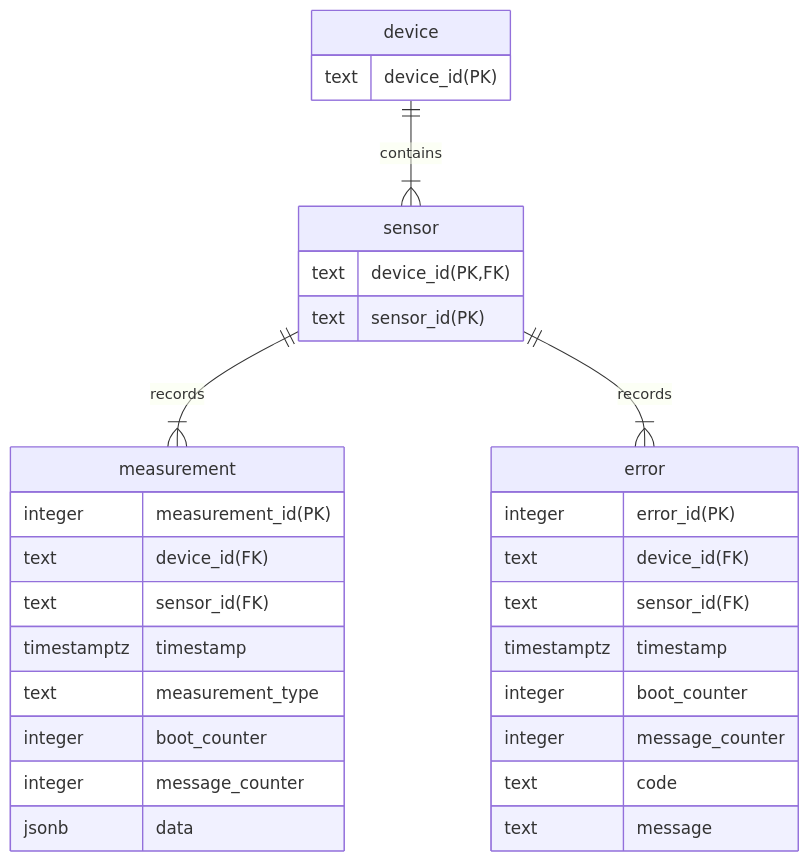
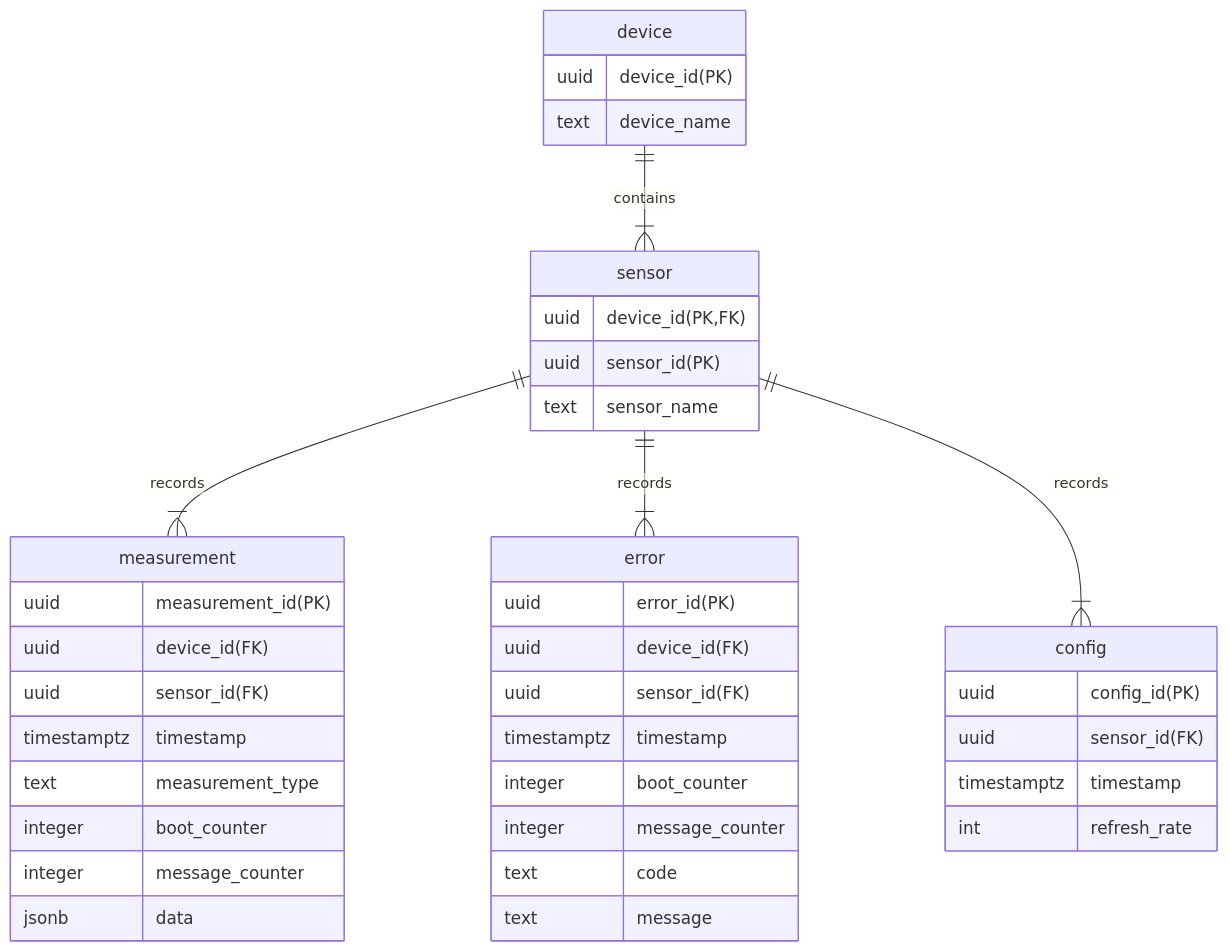
Before and after one commit to schusim/SW_engineeringProject: the diagram in docs/DB_structure.md, drawn with Mermaid.

Commit message:
doc(DB): Add config table, change ids to uuid.

````diff
--- a/docs/DB_structure.md
+++ b/docs/DB_structure.md
@@ -7,37 +7,48 @@
 ```mermaid
 erDiagram
     device {
-        text device_id(PK)
+        uuid device_id(PK)
+        text device_name
     }
 
     sensor {
-        text device_id(PK,FK)
-        text sensor_id(PK)
+        uuid device_id(PK,FK)
+        uuid sensor_id(PK)
+        text sensor_name
     }
 
     measurement {
-        integer measurement_id(PK)
-        text device_id(FK)
-        text sensor_id(FK)
+        uuid measurement_id(PK)
+        uuid device_id(FK)
+        uuid sensor_id(FK)
         timestamptz timestamp
         text measurement_type
         integer boot_counter
         integer message_counter
         jsonb data
     }
 
     error {
-        integer error_id(PK)
-        text device_id(FK)
-        text sensor_id(FK)
+        uuid error_id(PK)
+        uuid device_id(FK)
+        uuid sensor_id(FK)
         timestamptz timestamp
         integer boot_counter
         integer message_counter
         text code
         text message
     }
 
+    config {
+        uuid config_id(PK)
+        uuid sensor_id(FK)
+        timestamptz timestamp
+        int refresh_rate
+
+    }
+
     device ||--|{ sensor : "contains"
     sensor ||--|{ measurement : "records"
     sensor ||--|{ error : "records"
+    sensor ||--|{ config : "records"
 ```
````
